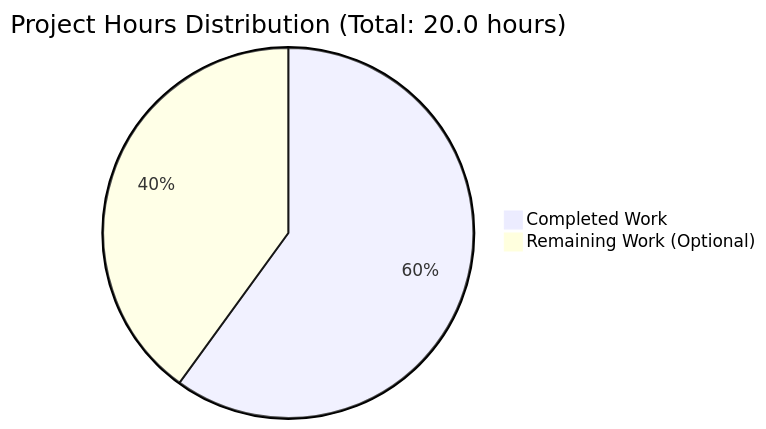
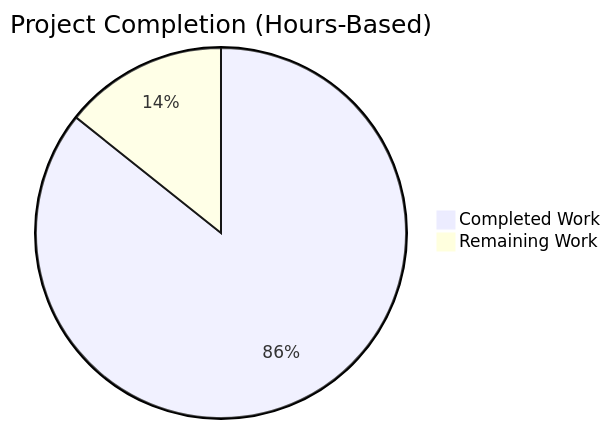
One commit to lakshya-blitzy/hello_world_lakshya_github changed the diagram in blitzy/documentation/Project Guide.md. Above: the diagram before and after it, drawn with Mermaid. The commit also changed other lines of this file, not shown here.

Commit message:
Adding Blitzy Project Guide: Project Status and Human Tasks Remaining

````diff
--- a/blitzy/documentation/Project Guide.md
+++ b/blitzy/documentation/Project Guide.md
@@ -225,5 +94,5 @@
 ```mermaid
-pie title Project Hours Distribution (Total: 20.0 hours)
-    "Completed Work" : 12.0
-    "Remaining Work (Optional)" : 8.0
+pie title Project Completion (Hours-Based)
+    "Completed Work" : 12
+    "Remaining Work" : 2
 ```
````
